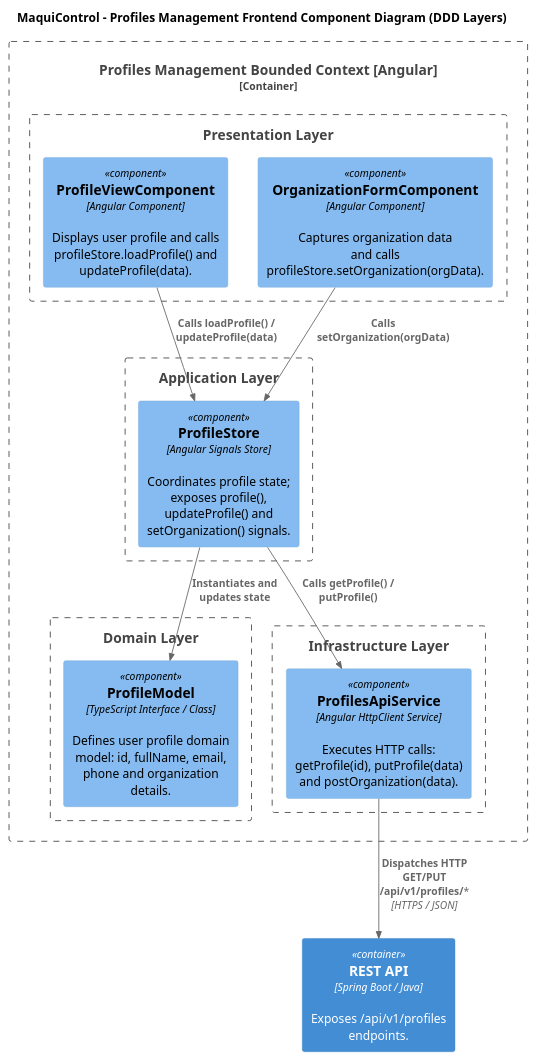
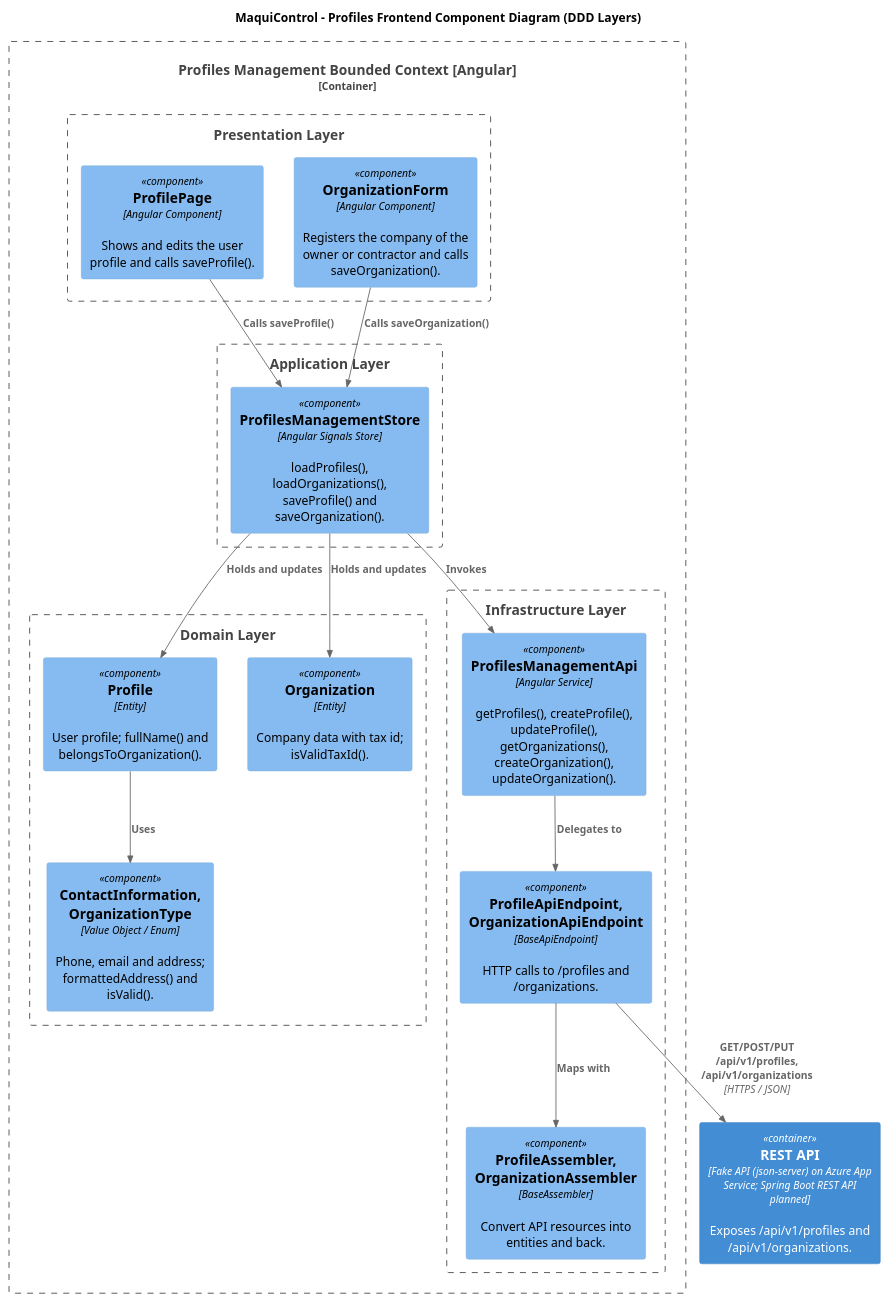
One commit to AndesHeavyTech/MaquiControl changed the diagram in docs/architecture/components/profiles-frontend-components.puml. Above: the diagram before and after it, drawn with PlantUML. The commit also changed 36 other files, not shown here.

Commit message:
docs(report): add sprint 2, update deployment configuration and align diagrams with code

```diff
--- a/docs/architecture/components/profiles-frontend-components.puml
+++ b/docs/architecture/components/profiles-frontend-components.puml
@@ -1,30 +1,38 @@
 @startuml
 !include <C4/C4_Component>
 
-title MaquiControl - Profiles Management Frontend Component Diagram (DDD Layers)
+title MaquiControl - Profiles Frontend Component Diagram (DDD Layers)
 
-Container_Boundary(profiles, "Profiles Management Bounded Context [Angular]") {
+Container_Boundary(bc, "Profiles Management Bounded Context [Angular]") {
     Boundary(presentation, "Presentation Layer") {
-        Component(profileViewComponent, "ProfileViewComponent", "Angular Component", "Displays user profile and calls profileStore.loadProfile() and updateProfile(data).")
-        Component(organizationFormComponent, "OrganizationFormComponent", "Angular Component", "Captures organization data and calls profileStore.setOrganization(orgData).")
+        Component(profilePage, "ProfilePage", "Angular Component", "Shows and edits the user profile and calls saveProfile().")
+        Component(organizationForm, "OrganizationForm", "Angular Component", "Registers the company of the owner or contractor and calls saveOrganization().")
     }
     Boundary(application, "Application Layer") {
-        Component(profileStore, "ProfileStore", "Angular Signals Store", "Coordinates profile state; exposes profile(), updateProfile() and setOrganization() signals.")
+        Component(profilesStore, "ProfilesManagementStore", "Angular Signals Store", "loadProfiles(), loadOrganizations(), saveProfile() and saveOrganization().")
     }
     Boundary(domain, "Domain Layer") {
-        Component(profileModel, "ProfileModel", "TypeScript Interface / Class", "Defines user profile domain model: id, fullName, email, phone and organization details.")
+        Component(profile, "Profile", "Entity", "User profile; fullName() and belongsToOrganization().")
+        Component(organization, "Organization", "Entity", "Company data with tax id; isValidTaxId().")
+        Component(contact, "ContactInformation, OrganizationType", "Value Object / Enum", "Phone, email and address; formattedAddress() and isValid().")
     }
     Boundary(infrastructure, "Infrastructure Layer") {
-        Component(profilesApiService, "ProfilesApiService", "Angular HttpClient Service", "Executes HTTP calls: getProfile(id), putProfile(data) and postOrganization(data).")
+        Component(profilesApi, "ProfilesManagementApi", "Angular Service", "getProfiles(), createProfile(), updateProfile(), getOrganizations(), createOrganization(), updateOrganization().")
+        Component(endpoints, "ProfileApiEndpoint, OrganizationApiEndpoint", "BaseApiEndpoint", "HTTP calls to /profiles and /organizations.")
+        Component(assemblers, "ProfileAssembler, OrganizationAssembler", "BaseAssembler", "Convert API resources into entities and back.")
     }
 }
 
-Container(api, "REST API", "Spring Boot / Java", "Exposes /api/v1/profiles endpoints.")
+Container(api, "REST API", "Fake API (json-server) on Azure App Service; Spring Boot REST API planned", "Exposes /api/v1/profiles and /api/v1/organizations.")
 
-Rel(profileViewComponent, profileStore, "Calls loadProfile() / updateProfile(data)")
-Rel(organizationFormComponent, profileStore, "Calls setOrganization(orgData)")
-Rel(profileStore, profileModel, "Instantiates and updates state")
-Rel(profileStore, profilesApiService, "Calls getProfile() / putProfile()")
-Rel(profilesApiService, api, "Dispatches HTTP GET/PUT /api/v1/profiles/*", "HTTPS / JSON")
+Rel(profilePage, profilesStore, "Calls saveProfile()")
+Rel(organizationForm, profilesStore, "Calls saveOrganization()")
+Rel(profilesStore, profile, "Holds and updates")
+Rel(profilesStore, organization, "Holds and updates")
+Rel(profile, contact, "Uses")
+Rel(profilesStore, profilesApi, "Invokes")
+Rel(profilesApi, endpoints, "Delegates to")
+Rel(endpoints, assemblers, "Maps with")
+Rel(endpoints, api, "GET/POST/PUT /api/v1/profiles, /api/v1/organizations", "HTTPS / JSON")
 
 @enduml
```
